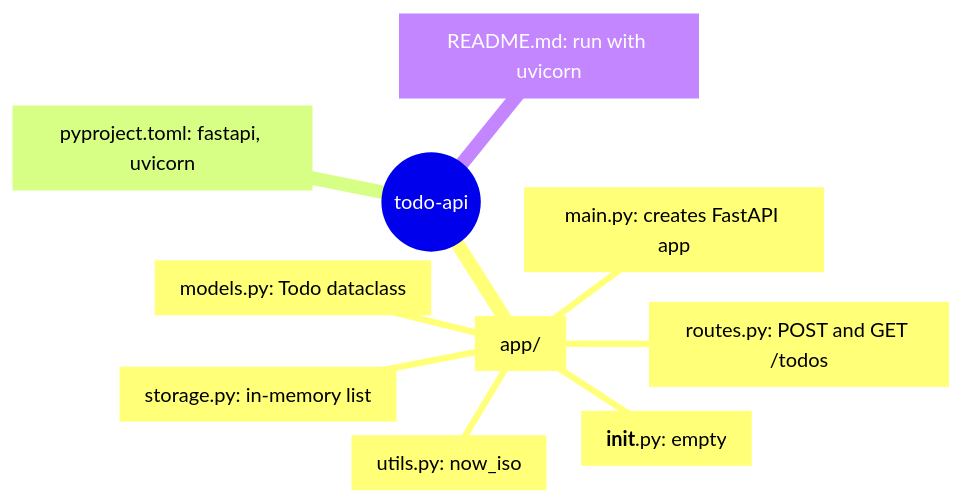
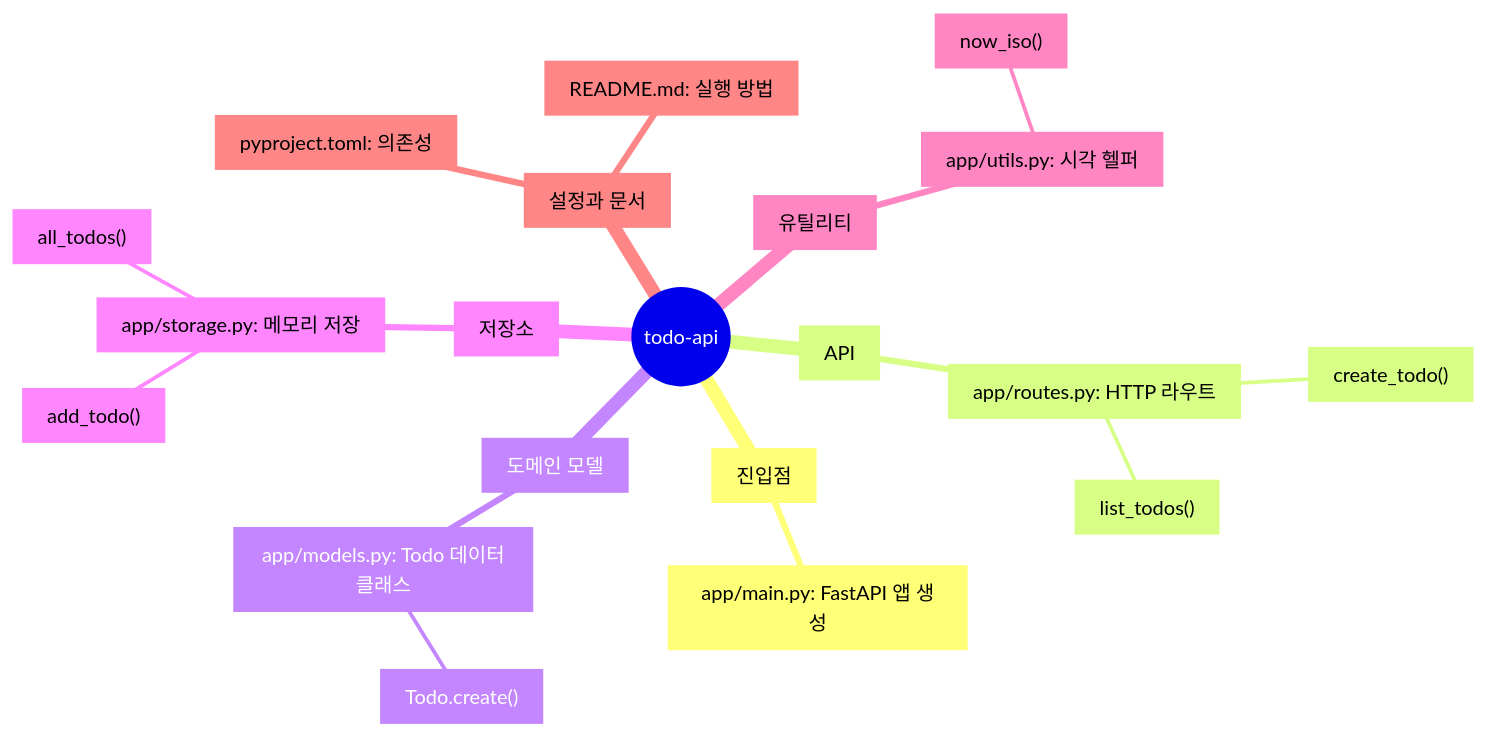
The diagram in examples/python-todo-api/docs/codemap/mindmap.md (hxxnn/codemap), drawn with Mermaid before and after one commit. The commit also changed other lines of this file and 44 other files, not shown here.

````diff
--- a/examples/python-todo-api/docs/codemap/mindmap.md
+++ b/examples/python-todo-api/docs/codemap/mindmap.md
@@ -14,13 +14,23 @@
 ```mermaid
 mindmap
   root((todo-api))
-    n1["app/"]
-      n2["main.py: creates FastAPI app"]
-      n3["routes.py: POST and GET /todos"]
-      n4["models.py: Todo dataclass"]
-      n5["storage.py: in-memory list"]
-      n6["utils.py: now_iso"]
-      n7["__init__.py: empty"]
-    n8["pyproject.toml: fastapi, uvicorn"]
-    n9["README.md: run with uvicorn"]
+    a1["진입점"]
+      a2["app/main.py: FastAPI 앱 생성"]
+    a3["API"]
+      a4["app/routes.py: HTTP 라우트"]
+        a5["create_todo()"]
+        a6["list_todos()"]
+    a7["도메인 모델"]
+      a8["app/models.py: Todo 데이터클래스"]
+        a9["Todo.create()"]
+    a10["저장소"]
+      a11["app/storage.py: 메모리 저장"]
+        a12["add_todo()"]
+        a13["all_todos()"]
+    a14["유틸리티"]
+      a15["app/utils.py: 시각 헬퍼"]
+        a16["now_iso()"]
+    a17["설정과 문서"]
+      a18["pyproject.toml: 의존성"]
+      a19["README.md: 실행 방법"]
 ```
````
